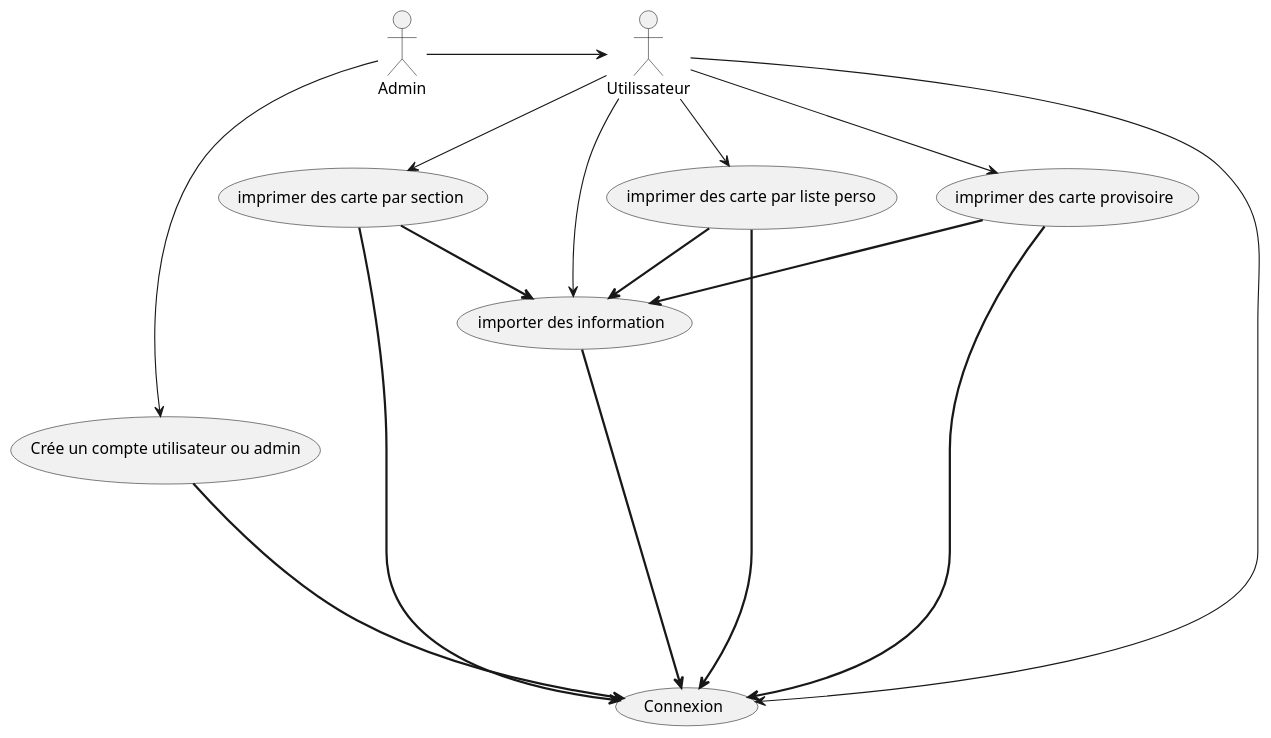
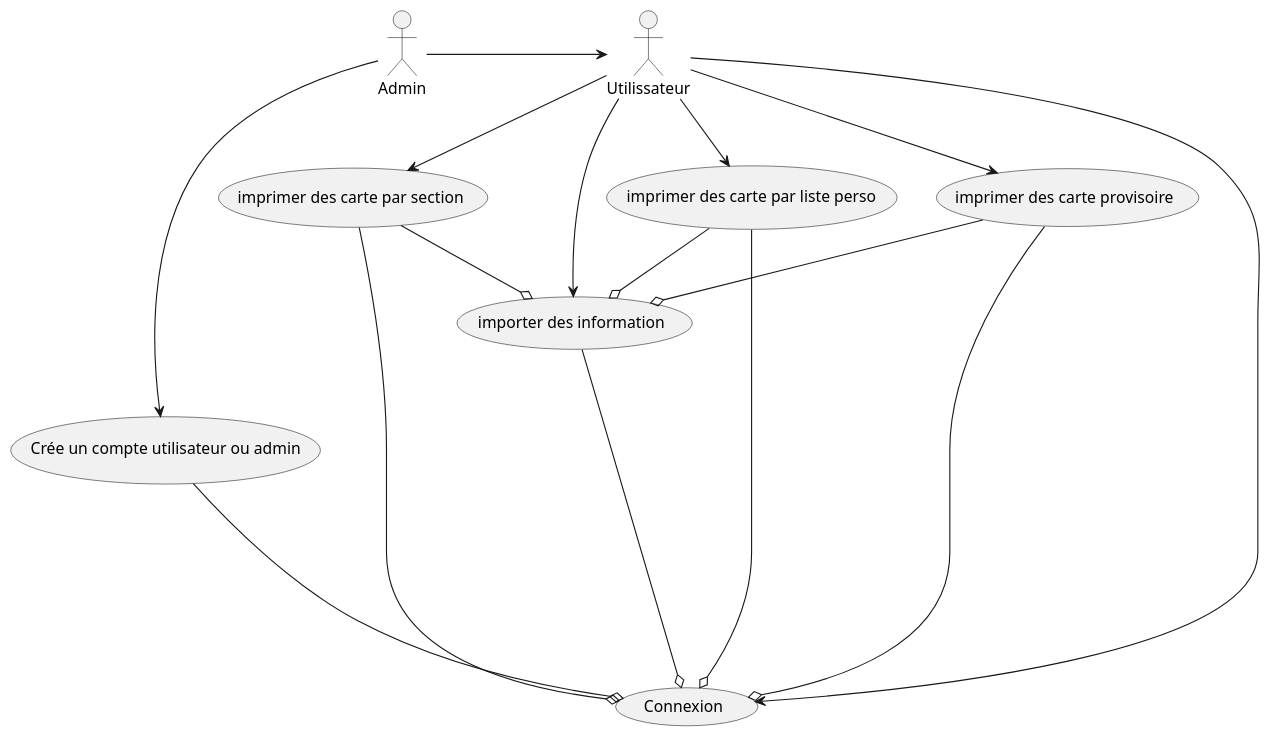
The diagram in uml/UseCase.puml (ValgulNecron/appStage), drawn with PlantUML before and after one commit.

Commit message:
je croit c + juste

```diff
--- a/uml/UseCase.puml
+++ b/uml/UseCase.puml
@@ -1,32 +1,32 @@
 @startuml
 
 :Admin: as Admin
 :Utilissateur: as User
 
 Admin -> User
 
 (Crée un compte utilisateur ou admin) as create
 
 (Connexion) as login
 
-create => login
+create -o login
 User -------> login
 Admin -> create
 
 (importer des information) as import
 (imprimer des carte provisoire) as carteP
 (imprimer des carte par section) as carteS
 (imprimer des carte par liste perso) as carteLs
 User -> import
 User --> carteLs
 User --> carteP
 User --> carteS
-import => login
-carteLs => login
-carteP => login
-carteS => login
-carteLs ==> import
-carteP ==> import
-carteS ==> import
+import -o login
+carteLs -o login
+carteP -o login
+carteS -o login
+carteLs --o import
+carteP --o import
+carteS --o import
     
 @enduml
```
